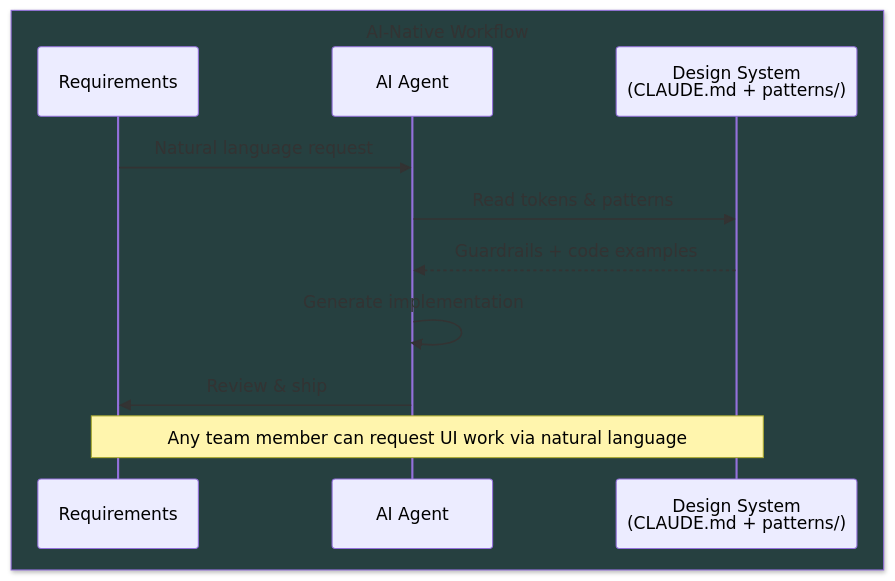
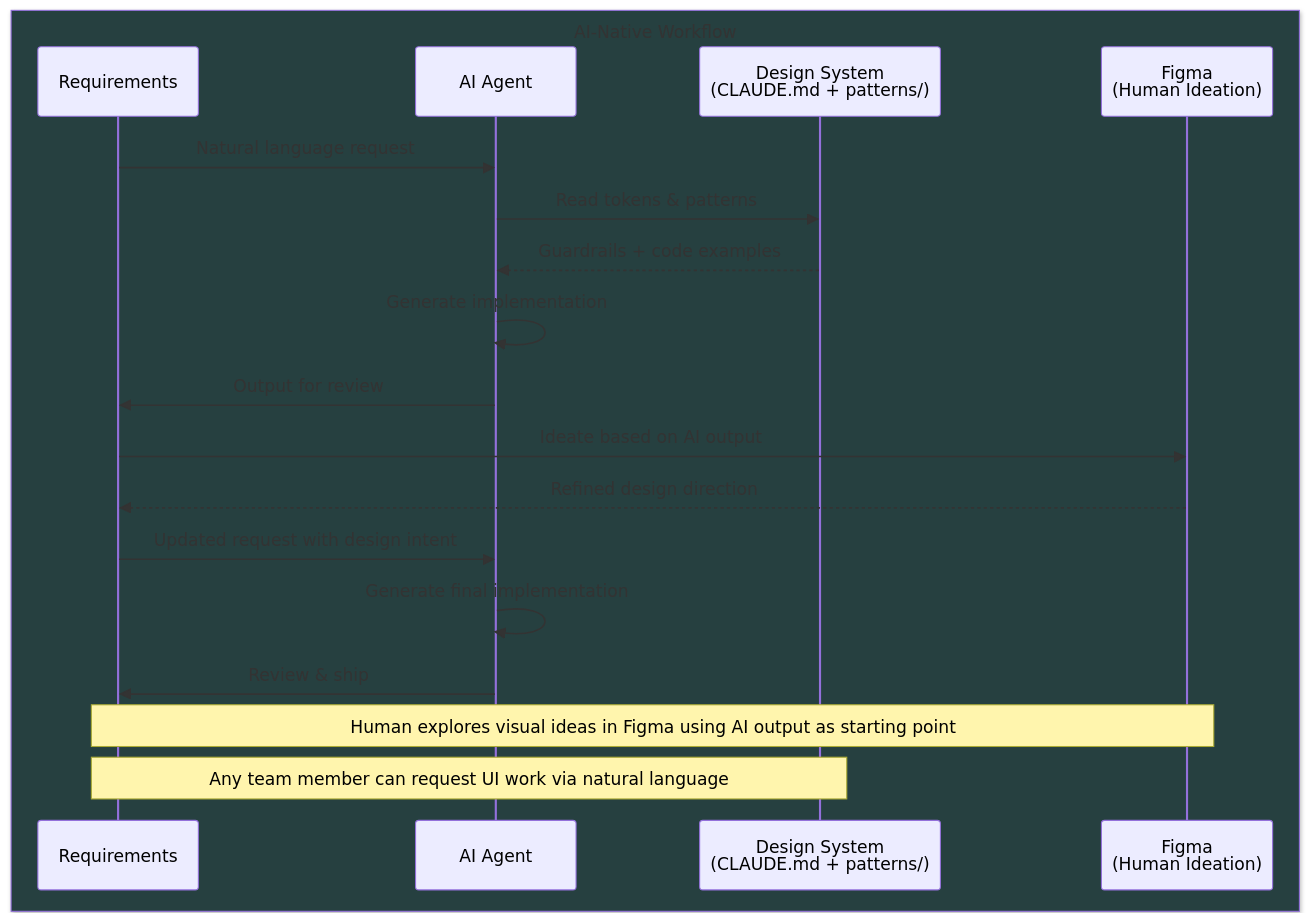
The first of 2 diagrams in README.md (YutoNakano/torico-design-system), drawn with Mermaid before and after one commit. The commit also changed other lines of this file, not shown here.

Commit message:
Add Figma ideation flow to design process diagram and generalize problem statement

````diff
--- a/README.md
+++ b/README.md
@@ -11,15 +11,22 @@
 ```mermaid
 sequenceDiagram
     box rgb(38,64,64) AI-Native Workflow
     participant R as Requirements
     participant AI as AI Agent
     participant DS as Design System<br/>(CLAUDE.md + patterns/)
+    participant F as Figma<br/>(Human Ideation)
     end
 
     R->>AI: Natural language request
     AI->>DS: Read tokens & patterns
     DS-->>AI: Guardrails + code examples
     AI->>AI: Generate implementation
+    AI->>R: Output for review
+    R->>F: Ideate based on AI output
+    F-->>R: Refined design direction
+    R->>AI: Updated request with design intent
+    AI->>AI: Generate final implementation
     AI->>R: Review & ship
+    Note over R,F: Human explores visual ideas in Figma using AI output as starting point
     Note over R,DS: Any team member can request UI work via natural language
 ```
````
